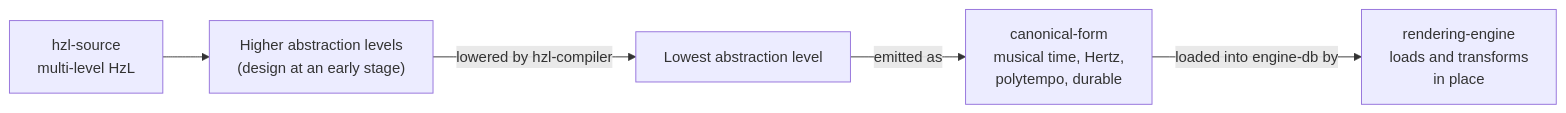
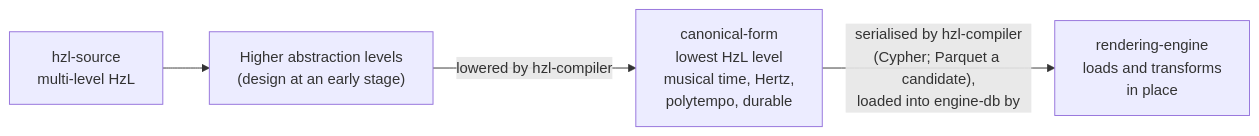
One commit to broadya/RAINBOHz changed the diagram in architecture/03-compilation-pipeline.mmd. Above: the diagram before and after it, drawn with Mermaid. The commit also changed 39 other files, not shown here.

```diff
--- a/architecture/03-compilation-pipeline.mmd
+++ b/architecture/03-compilation-pipeline.mmd
@@ -1,18 +1,18 @@
 %% RAINBOHz reference implementation - compilation pipeline
 %% Referenced from: overview.md, section "Compilation pipeline"
 %% ---
 %% The canonical-to-rendering transformation is deliberately absent here. It
 %% happens inside rendering-engine, against an already-loaded database, so the
 %% score is never serialised in order to move it.
+%% canonical-form is the lowest HzL level. It is not loaded directly: what
+%% rendering-engine loads is a serialisation of it to the engine-db data model.
 
 flowchart LR
     hzl-source["hzl-source<br/>multi-level HzL"]
     high["Higher abstraction levels<br/>(design at an early stage)"]
-    low["Lowest abstraction level"]
-    canonical-form["canonical-form<br/>musical time, Hertz,<br/>polytempo, durable"]
+    canonical-form["canonical-form<br/>lowest HzL level<br/>musical time, Hertz,<br/>polytempo, durable"]
     rendering-engine["rendering-engine<br/>loads and transforms<br/>in place"]
 
     hzl-source --> high
-    high -- "lowered by hzl-compiler" --> low
-    low -- "emitted as" --> canonical-form
-    canonical-form -- "loaded into engine-db by" --> rendering-engine
+    high -- "lowered by hzl-compiler" --> canonical-form
+    canonical-form -- "serialised by hzl-compiler<br/>(Cypher; Parquet a candidate),<br/>loaded into engine-db by" --> rendering-engine
```
